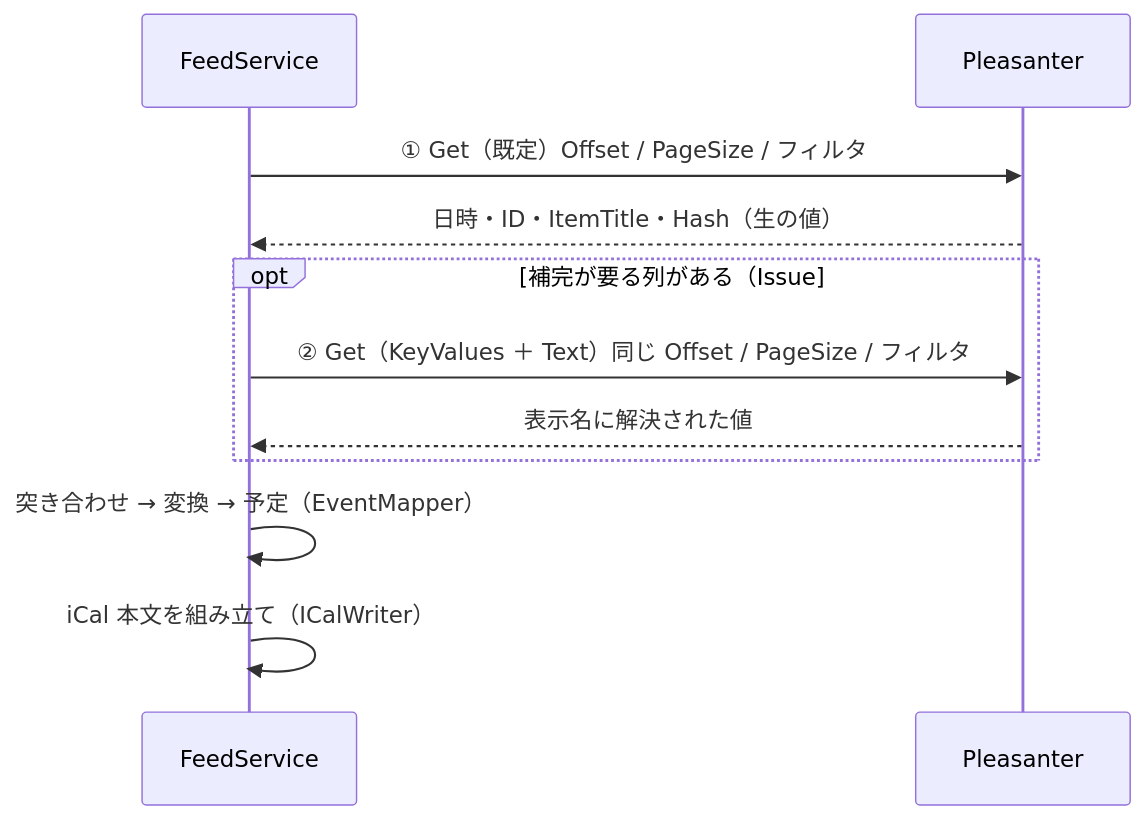
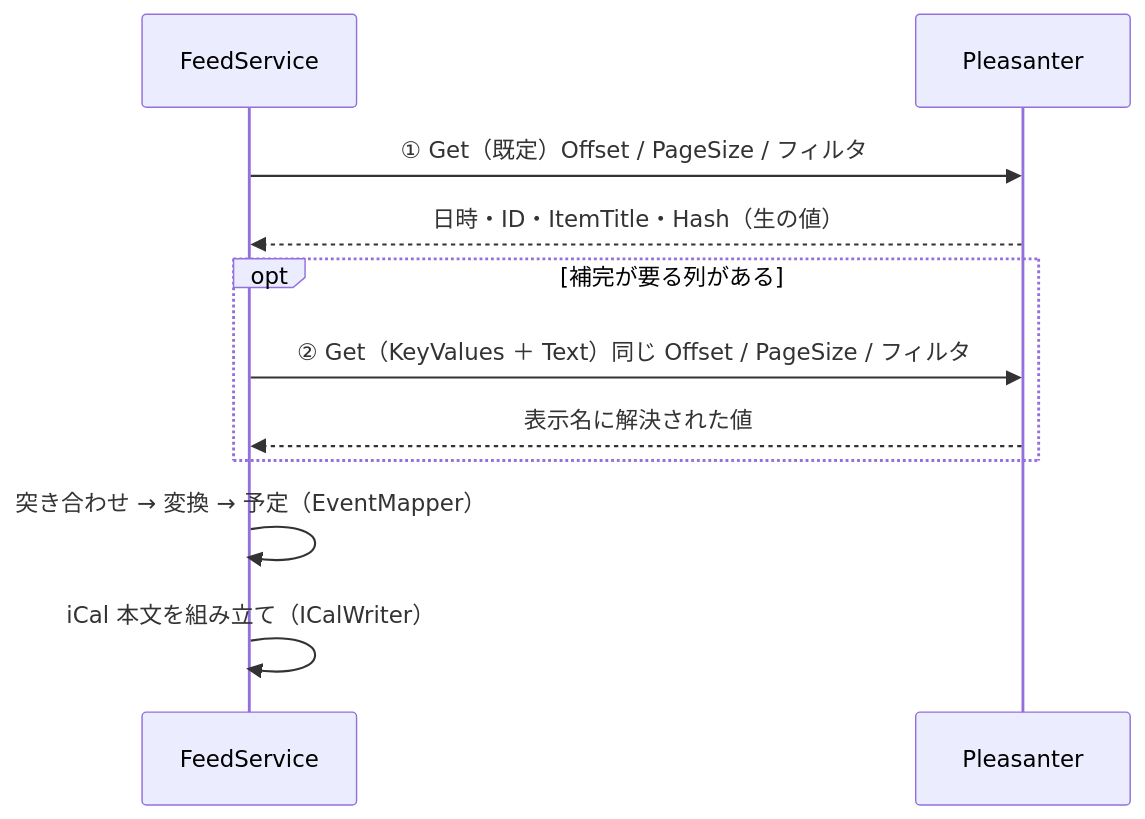
Before and after one commit to vehiclevisionjp/VehicleVision.PleasanterTools.CalendarFeed: the third of 3 diagrams in _documents/アーキテクチャ方針.md, drawn with Mermaid. The commit also changed other lines of this file and 1 other file, not shown here.

First line of the commit message:
件名テンプレートと表示名への解決の実機結果を記録し、方針書の図を実線へ直す

````diff
--- a/_documents/アーキテクチャ方針.md
+++ b/_documents/アーキテクチャ方針.md
@@ -215,13 +216,13 @@
 ```mermaid
 sequenceDiagram
     participant S as FeedService
     participant P as Pleasanter
     S->>P: ① Get（既定）Offset / PageSize / フィルタ
     P-->>S: 日時・ID・ItemTitle・Hash（生の値）
-    opt 補完が要る列がある（Issue #5）
+    opt 補完が要る列がある
         S->>P: ② Get（KeyValues ＋ Text）同じ Offset / PageSize / フィルタ
         P-->>S: 表示名に解決された値
     end
     S->>S: 突き合わせ → 変換 → 予定（EventMapper）
     S->>S: iCal 本文を組み立て（ICalWriter）
 ```
````
